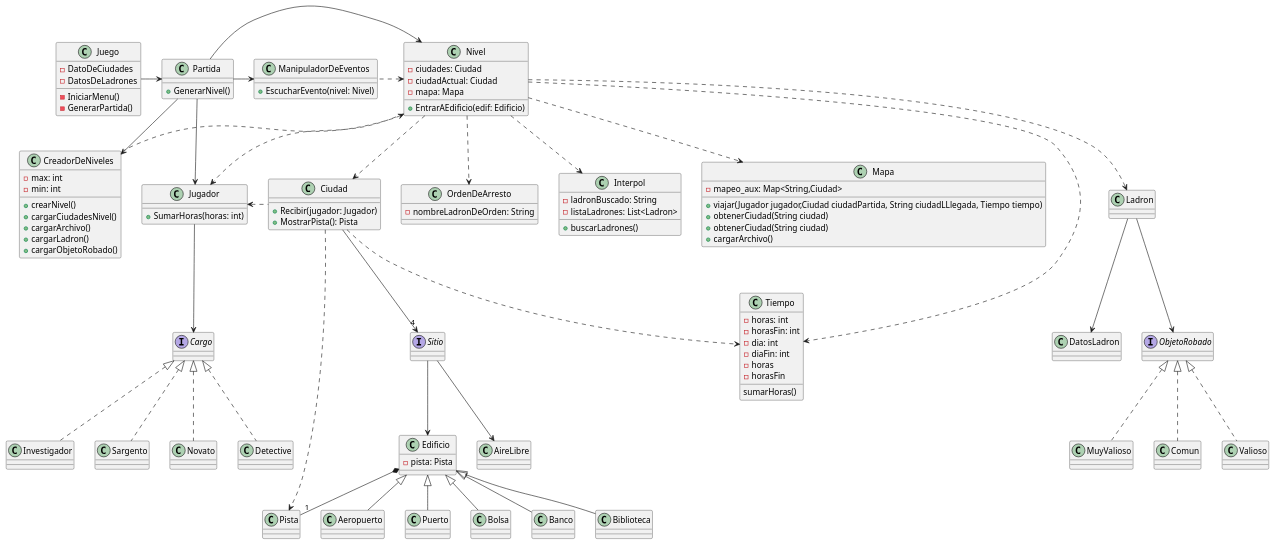
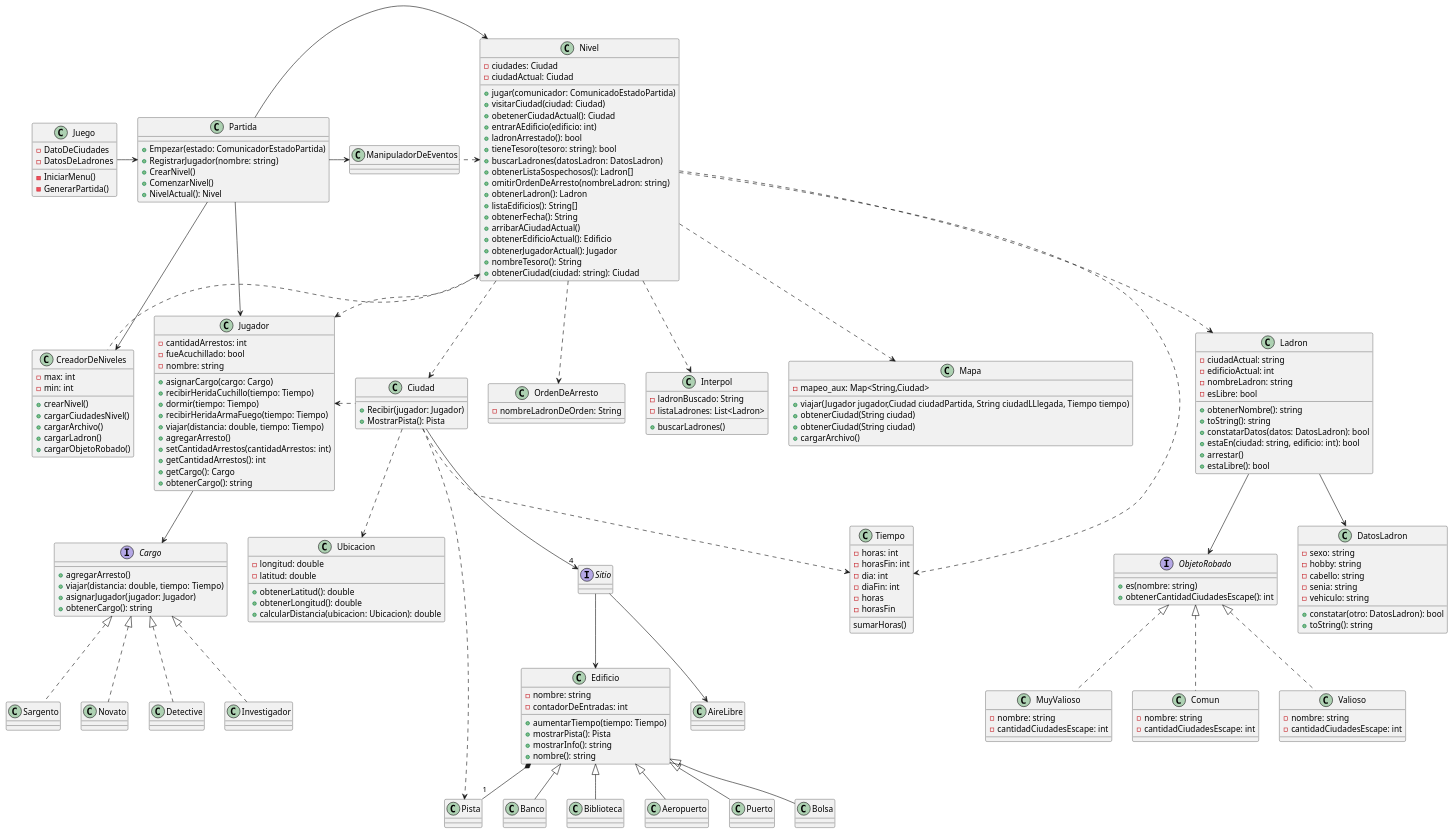
The diagram in diagrams/classes/AlgoThief_Diagrama_Clase_UML.puml (arilow/Algo3_TP2), drawn with PlantUML before and after one commit. The commit also changed 1 other file, not shown here.

Commit message:
Actualiza el diagrama de clases

```diff
--- a/diagrams/classes/AlgoThief_Diagrama_Clase_UML.puml
+++ b/diagrams/classes/AlgoThief_Diagrama_Clase_UML.puml
@@ -10,13 +10,14 @@
     }
 
     class Partida {
-    ' - jugador: Jugador
-    ' - ladron: Ladron
-      + GenerarNivel()
+        + Empezar(estado: ComunicadorEstadoPartida)
+        + RegistrarJugador(nombre: string)
+        + CrearNivel()
+        + ComenzarNivel()
+        + NivelActual(): Nivel
     }
 
     class ManipuladorDeEventos {
-        + EscucharEvento(nivel: Nivel)
     }
 }
 
@@ -24,8 +25,23 @@
     class Nivel {
         - ciudades: Ciudad
         - ciudadActual: Ciudad
-        - mapa: Mapa
-        + EntrarAEdificio(edif: Edificio)
+        + jugar(comunicador: ComunicadoEstadoPartida)
+        + visitarCiudad(ciudad: Ciudad)
+        + obetenerCiudadActual(): Ciudad
+        + entrarAEdificio(edificio: int)
+        + ladronArrestado(): bool
+        + tieneTesoro(tesoro: string): bool
+        + buscarLadrones(datosLadron: DatosLadron)
+        + obtenerListaSospechosos(): Ladron[]
+        + omitirOrdenDeArresto(nombreLadron: string)
+        + obtenerLadron(): Ladron
+        + listaEdificios(): String[]
+        + obtenerFecha(): String
+        + arribarACiudadActual()
+        + obtenerEdificioActual(): Edificio
+        + obtenerJugadorActual(): Jugador
+        + nombreTesoro(): String
+        + obtenerCiudad(ciudad: string): Ciudad
     }
 
     class CreadorDeNiveles {
@@ -41,7 +57,19 @@
 
 together {
     class Jugador {
-        + SumarHoras(horas: int)
+        - cantidadArrestos: int
+        - fueAcuchillado: bool
+        - nombre: string
+        + asignarCargo(cargo: Cargo)
+        + recibirHeridaCuchillo(tiempo: Tiempo)
+        + dormir(tiempo: Tiempo)
+        + recibirHeridaArmaFuego(tiempo: Tiempo)
+        + viajar(distancia: double, tiempo: Tiempo)
+        + agregarArresto()
+        + setCantidadArrestos(cantidadArrestos: int)
+        + getCantidadArrestos(): int
+        + getCargo(): Cargo
+        + obtenerCargo(): string
     }
 
     class Ciudad {
@@ -54,8 +82,19 @@
     }
 }
 
-    class Ladron {
-    }
+class Ladron {
+    - ciudadActual: string
+    - edificioActual: int
+    - nombreLadron: string
+    - esLibre: bool
+    + obtenerNombre(): string
+    + toString(): string
+    + constatarDatos(datos: DatosLadron): bool
+    + estaEn(ciudad: string, edificio: int): bool
+    + arrestar()
+    + estaLibre(): bool
+}
+
 class Interpol {
     - ladronBuscado: String
     - listaLadrones: List<Ladron>
@@ -79,21 +118,22 @@
     - diaFin: int
 }
 
-
-
-
-
-
-
-
-
-
-
 class Edificio {
-    - pista: Pista
+    - nombre: string
+    - contadorDeEntradas: int
+    + aumentarTiempo(tiempo: Tiempo)
+    + mostrarPista(): Pista
+    + mostrarInfo(): string
+    + nombre(): string
 }
 
-interface Cargo{}
+interface Cargo{
+    + agregarArresto()
+    + viajar(distancia: double, tiempo: Tiempo)
+    + asignarJugador(jugador: Jugador)
+    + obtenerCargo(): string
+}
+
 class Novato{}
 class Detective{}
 class Investigador{}
@@ -108,14 +148,32 @@
 class Biblioteca{}
 
 class Ladron{}
-class DatosLadron{}
+class DatosLadron{
+    - sexo: string
+    - hobby: string
+    - cabello: string
+    - senia: string
+    - vehiculo: string
+    + constatar(otro: DatosLadron): bool
+    + toString(): string
+}
 
-
-
-interface ObjetoRobado{}
-class Comun{}
-class Valioso{}
-class MuyValioso{}
+interface ObjetoRobado{
+    + es(nombre: string)
+    + obtenerCantidadCiudadesEscape(): int
+}
+class Comun{
+    - nombre: string
+    - cantidadCiudadesEscape: int
+}
+class Valioso{
+    - nombre: string
+    - cantidadCiudadesEscape: int
+}
+class MuyValioso{
+    - nombre: string
+    - cantidadCiudadesEscape: int
+}
 
 class Tiempo {
     - horas
@@ -124,6 +182,14 @@
 }
 
 interface Sitio {
+}
+
+class Ubicacion {
+    - longitud: double
+    - latitud: double
+    + obtenerLatitud(): double
+    + obtenerLongitud(): double
+    + calcularDistancia(ubicacion: Ubicacion): double
 }
 
 Juego -right-> Partida
@@ -140,6 +206,7 @@
 
 Ciudad .down.> Tiempo
 Ciudad --> "4" Sitio
+Ciudad .down.> Ubicacion
 Sitio --> AireLibre
 Sitio -->  Edificio
 Edificio <|-- Aeropuerto
@@ -167,7 +234,6 @@
 Nivel ..> Mapa
 Nivel ..> Tiempo
 
-
 CreadorDeNiveles .left> Nivel
 Jugador <.up. Nivel
 
```
